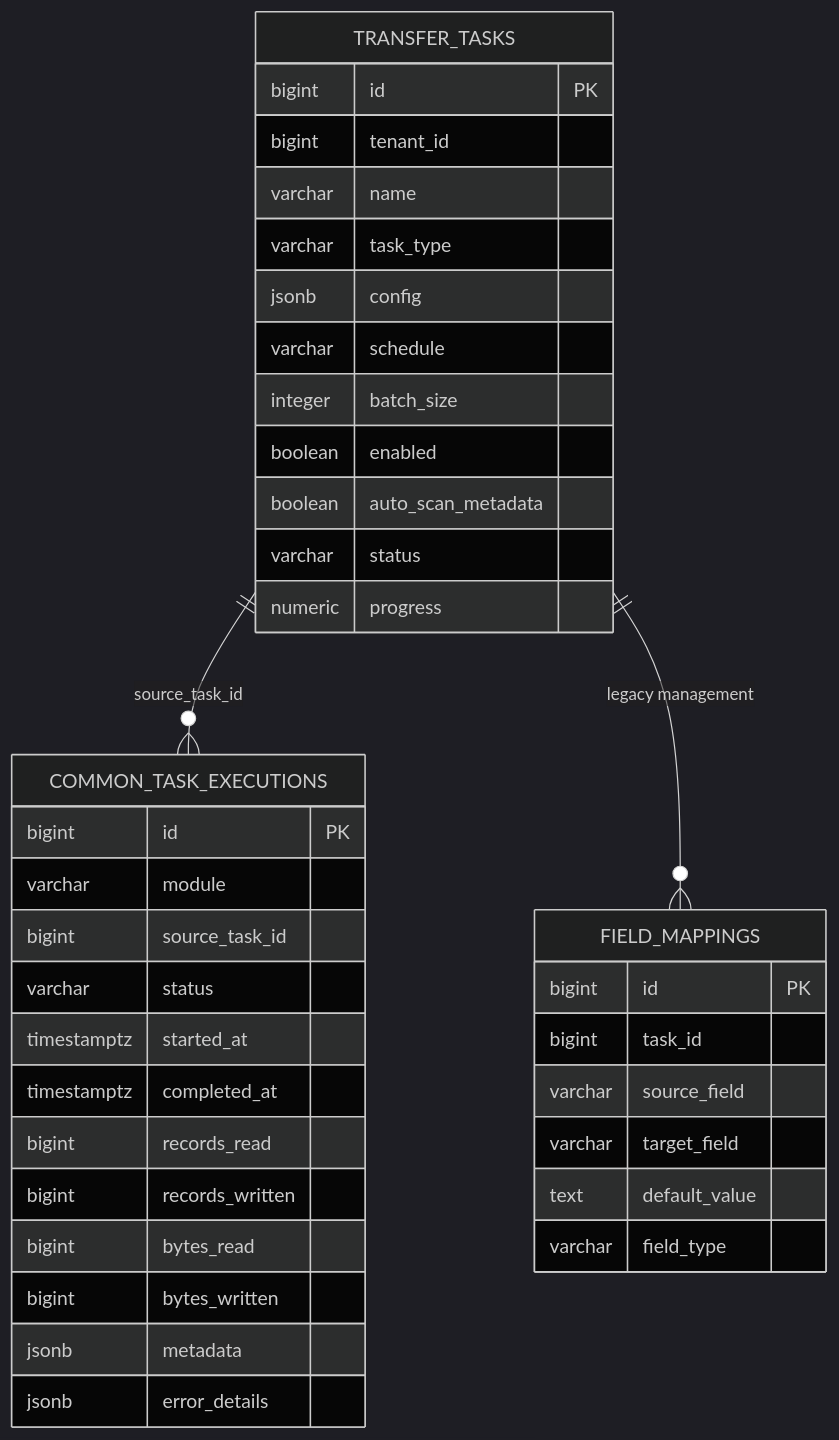
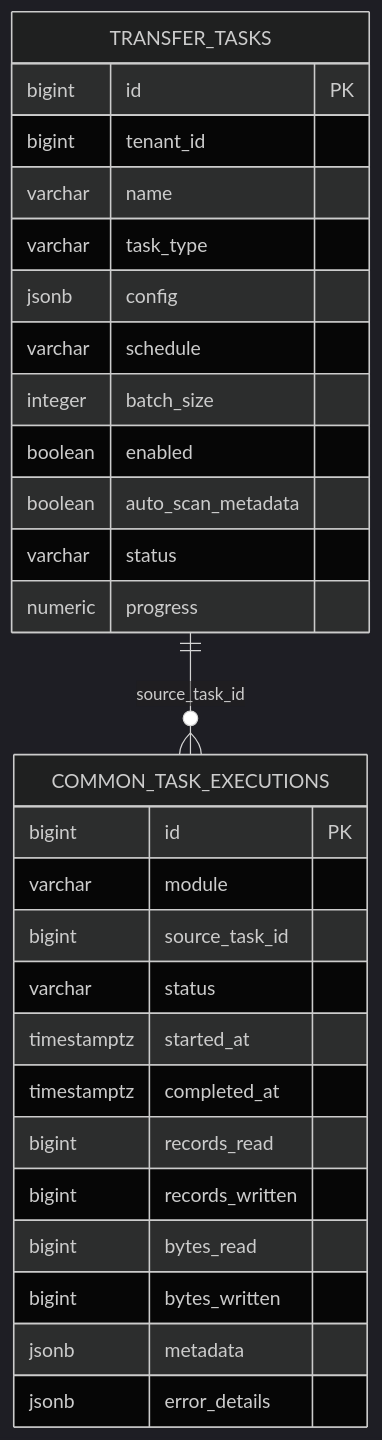
Before and after one commit to pampa0629/addp: the diagram in transfer/docs/数据库架构.md, drawn with Mermaid (dark theme). The commit also changed other lines of this file and 26 other files, not shown here.

````diff
--- a/transfer/docs/数据库架构.md
+++ b/transfer/docs/数据库架构.md
@@ -19,40 +18,31 @@
 ```mermaid
 erDiagram
     TRANSFER_TASKS ||--o{ COMMON_TASK_EXECUTIONS : "source_task_id"
-    TRANSFER_TASKS ||--o{ FIELD_MAPPINGS : "legacy management"
     TRANSFER_TASKS {
         bigint id PK
         bigint tenant_id
         varchar name
         varchar task_type
         jsonb config
         varchar schedule
         integer batch_size
         boolean enabled
         boolean auto_scan_metadata
         varchar status
         numeric progress
     }
     COMMON_TASK_EXECUTIONS {
         bigint id PK
         varchar module
         bigint source_task_id
         varchar status
         timestamptz started_at
         timestamptz completed_at
         bigint records_read
         bigint records_written
         bigint bytes_read
         bigint bytes_written
         jsonb metadata
         jsonb error_details
     }
-    FIELD_MAPPINGS {
-        bigint id PK
-        bigint task_id
-        varchar source_field
-        varchar target_field
-        text default_value
-        varchar field_type
-    }
 ```
````
